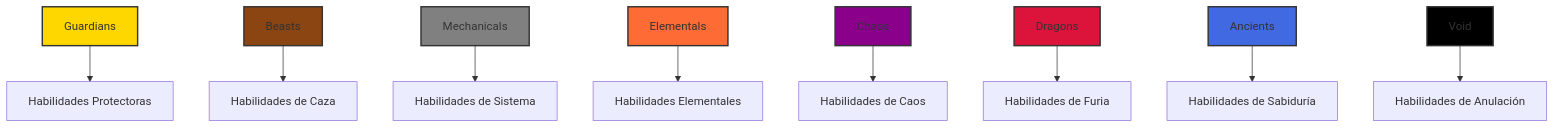
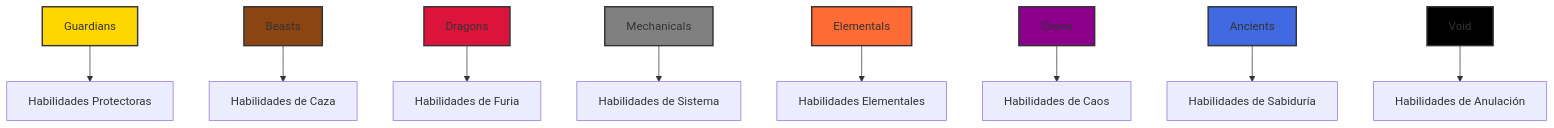
One commit to cjbaezilla/ProtocolGuardians-Ethereum-NFT-Contracts-Docs changed the diagram in guardians/es/FAMILIES.md. Above: the diagram before and after it, drawn with Mermaid. The commit also changed 5 other files, not shown here.

````diff
--- a/guardians/es/FAMILIES.md
+++ b/guardians/es/FAMILIES.md
@@ -9,20 +9,30 @@
 ```mermaid
 graph TD
+    %% Familias Defensivas
     A[Guardians] --> B[Habilidades Protectoras]
+    
+    %% Familias Ofensivas
     C[Beasts] --> D[Habilidades de Caza]
+    K[Dragons] --> L[Habilidades de Furia]
+    
+    %% Familias Tecnológicas
     E[Mechanicals] --> F[Habilidades de Sistema]
+    
+    %% Familias Mágicas
     G[Elementals] --> H[Habilidades Elementales]
     I[Chaos] --> J[Habilidades de Caos]
-    K[Dragons] --> L[Habilidades de Furia]
+    
+    %% Familias de Sabiduría y Realidad
     M[Ancients] --> N[Habilidades de Sabiduría]
     O[Void] --> P[Habilidades de Anulación]
     
+    %% Estilos - Las 8 Familias
     style A fill:#ffd700,stroke:#333,stroke-width:2px
     style C fill:#8b4513,stroke:#333,stroke-width:2px
     style E fill:#808080,stroke:#333,stroke-width:2px
     style G fill:#ff6b35,stroke:#333,stroke-width:2px
     style I fill:#8b008b,stroke:#333,stroke-width:2px
     style K fill:#dc143c,stroke:#333,stroke-width:2px
     style M fill:#4169e1,stroke:#333,stroke-width:2px
     style O fill:#000000,stroke:#333,stroke-width:2px
 ```
````
